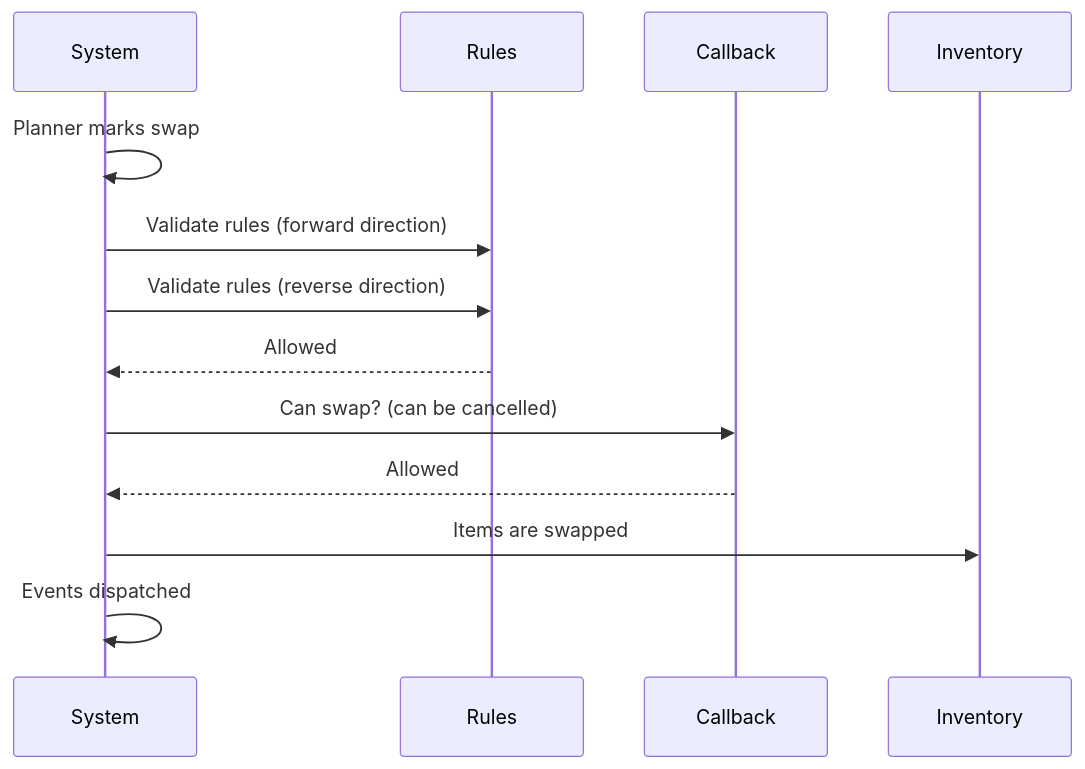
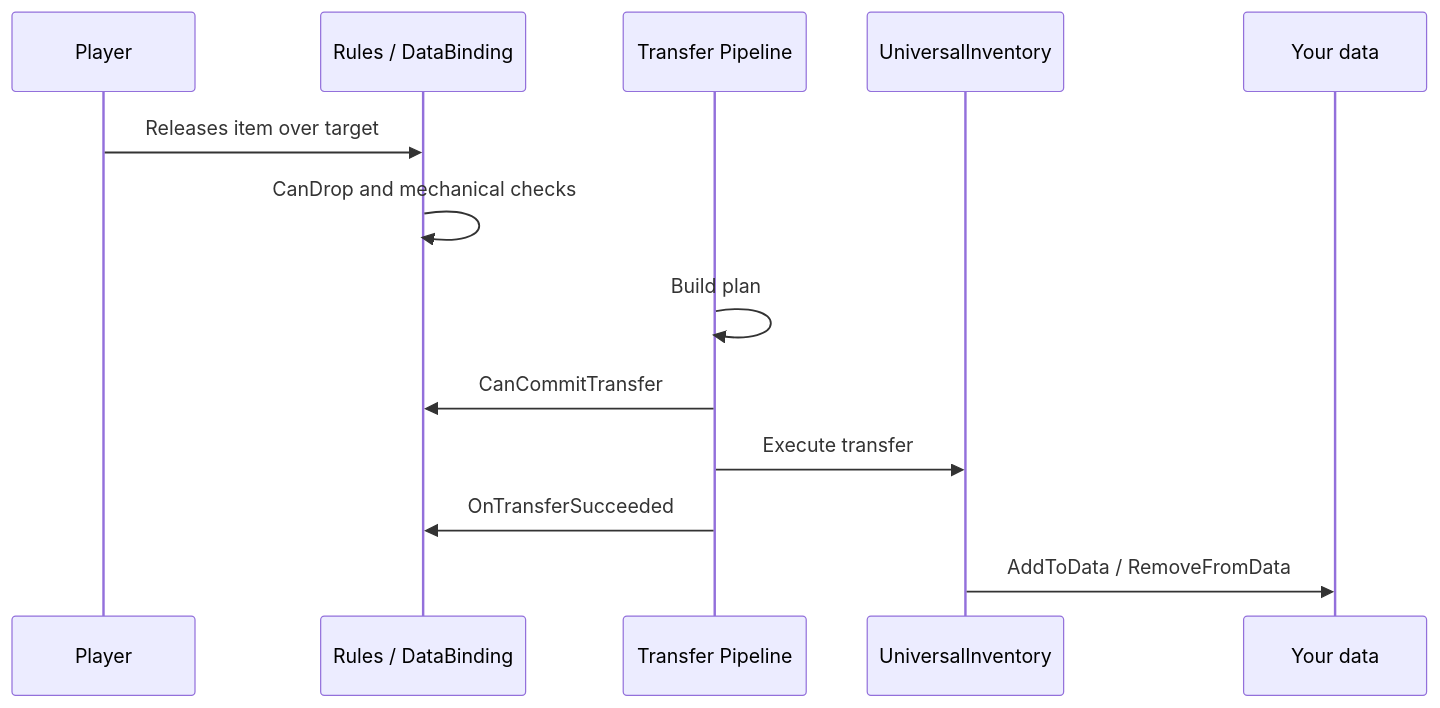
One commit to SergeevSergey99/DragAndDropSystem-Docs changed the second of 5 diagrams in .docs/content/architecture/transfer-pipeline.en.md. Above: the diagram before and after it, drawn with Mermaid. The commit also changed other lines of this file and 16 other files, not shown here.

````diff
--- a/.docs/content/architecture/transfer-pipeline.en.md
+++ b/.docs/content/architecture/transfer-pipeline.en.md
@@ -103,16 +23,16 @@
 ```mermaid
 sequenceDiagram
-    participant System
-    participant Rules
-    participant Callback
-    participant Inventory
+    participant User as Player
+    participant Rules as Rules / DataBinding
+    participant Pipeline as Transfer Pipeline
+    participant UI as UniversalInventory
+    participant Data as Your data
 
-    System->>System: Planner marks swap
-    System->>Rules: Validate rules (forward direction)
-    System->>Rules: Validate rules (reverse direction)
-    Rules-->>System: Allowed
-    System->>Callback: Can swap? (can be cancelled)
-    Callback-->>System: Allowed
-    System->>Inventory: Items are swapped
-    System->>System: Events dispatched
+    User->>Rules: Releases item over target
+    Rules->>Rules: CanDrop and mechanical checks
+    Pipeline->>Pipeline: Build plan
+    Pipeline->>Rules: CanCommitTransfer
+    Pipeline->>UI: Execute transfer
+    Pipeline->>Rules: OnTransferSucceeded
+    UI->>Data: AddToData / RemoveFromData
 ```
````
